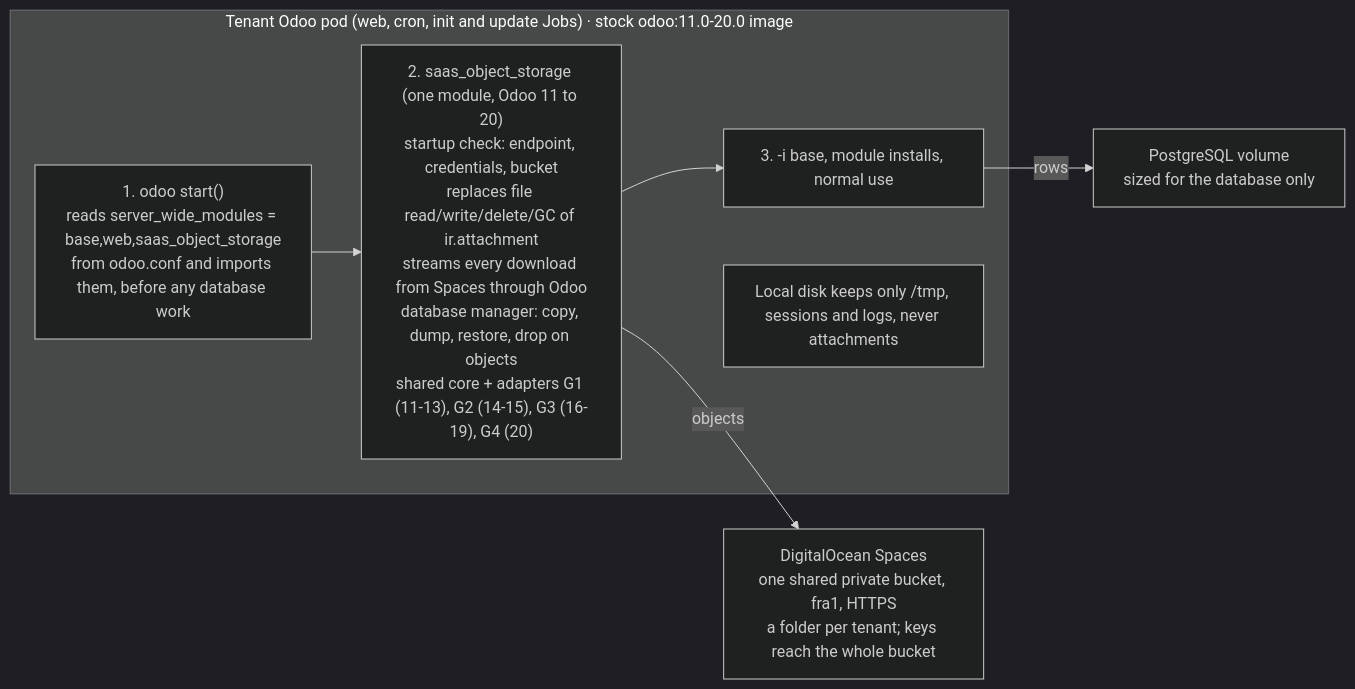
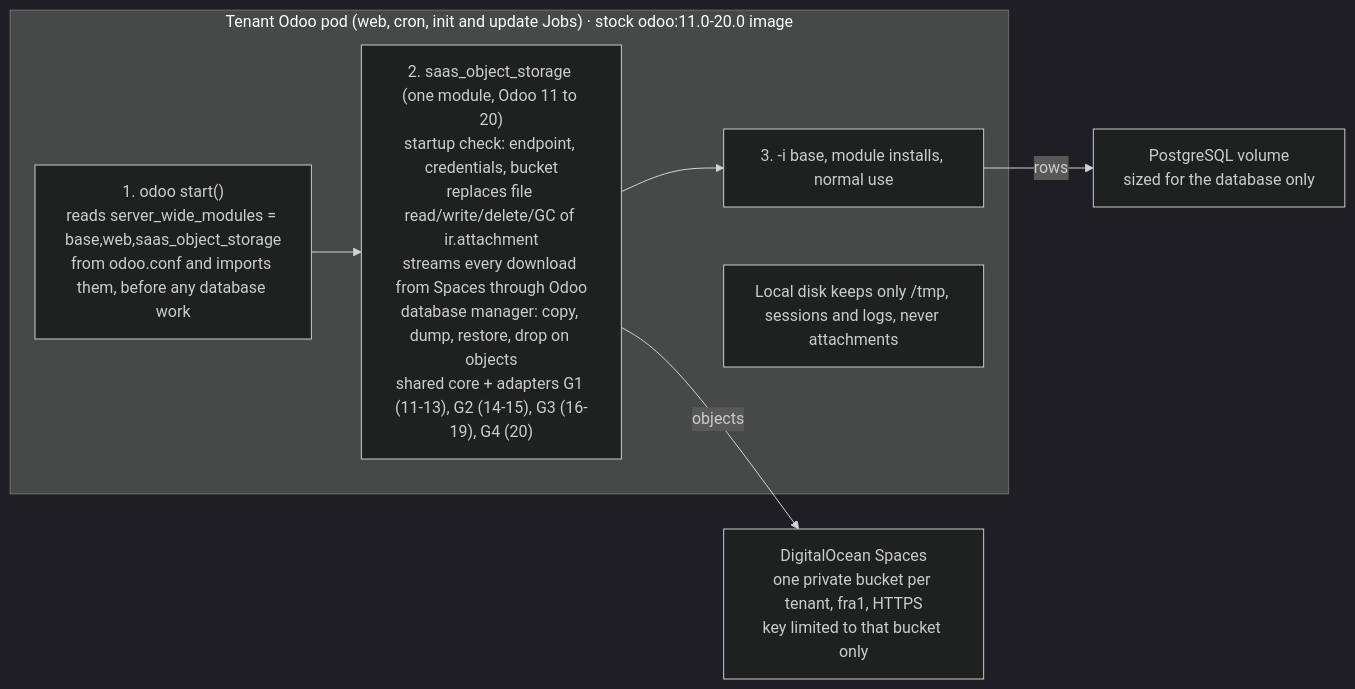
Before and after one commit to moutazmuhammad/odoo-saas-platform: the diagram in PLAN-spaces-filestore.md, drawn with Mermaid (dark theme). The commit also changed other lines of this file, not shown here.

Commit message:
Spaces plan: separate bucket and key per tenant, buckets recycled through a pool

````diff
--- a/PLAN-spaces-filestore.md
+++ b/PLAN-spaces-filestore.md
@@ -44,14 +44,14 @@
 ```mermaid
 flowchart LR
     subgraph POD["Tenant Odoo pod (web, cron, init and update Jobs) · stock odoo:11.0-20.0 image"]
         A["1. odoo start()<br/>reads server_wide_modules = base,web,saas_object_storage<br/>from odoo.conf and imports them, before any database work"]
         B["2. saas_object_storage (one module, Odoo 11 to 20)<br/>startup check: endpoint, credentials, bucket<br/>replaces file read/write/delete/GC of ir.attachment<br/>streams every download from Spaces through Odoo<br/>database manager: copy, dump, restore, drop on objects<br/>shared core + adapters G1 (11-13), G2 (14-15), G3 (16-19), G4 (20)"]
         C["3. -i base, module installs, normal use"]
         L["Local disk keeps only /tmp, sessions and logs, never attachments"]
         A --> B --> C
     end
-    S["DigitalOcean Spaces<br/>one shared private bucket, fra1, HTTPS<br/>a folder per tenant; keys reach the whole bucket"]
+    S["DigitalOcean Spaces<br/>one private bucket per tenant, fra1, HTTPS<br/>key limited to that bucket only"]
     P["PostgreSQL volume<br/>sized for the database only"]
     B -- objects --> S
     C -- rows --> P
 ```
````
